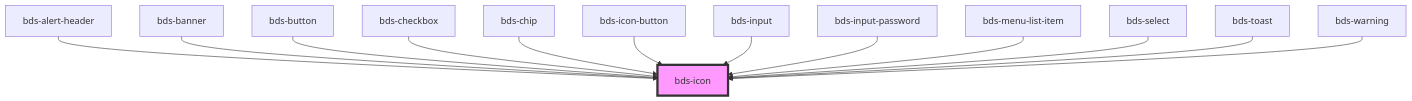
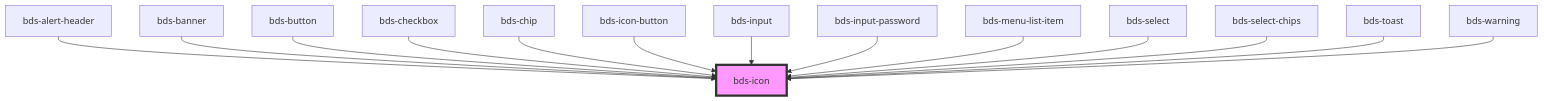
One commit to takenet/blip-ds changed the diagram in src/components/icon/readme.md. Above: the diagram before and after it, drawn with Mermaid. The commit also changed other lines of this file and 16 other files, not shown here.

First line of the commit message:
feat(component): select chips

````diff
--- a/src/components/icon/readme.md
+++ b/src/components/icon/readme.md
@@ -41,16 +42,17 @@
 ```mermaid
 graph TD;
   bds-alert-header --> bds-icon
   bds-banner --> bds-icon
   bds-button --> bds-icon
   bds-checkbox --> bds-icon
   bds-chip --> bds-icon
   bds-icon-button --> bds-icon
   bds-input --> bds-icon
   bds-input-password --> bds-icon
   bds-menu-list-item --> bds-icon
   bds-select --> bds-icon
+  bds-select-chips --> bds-icon
   bds-toast --> bds-icon
   bds-warning --> bds-icon
   style bds-icon fill:#f9f,stroke:#333,stroke-width:4px
 ```
````
